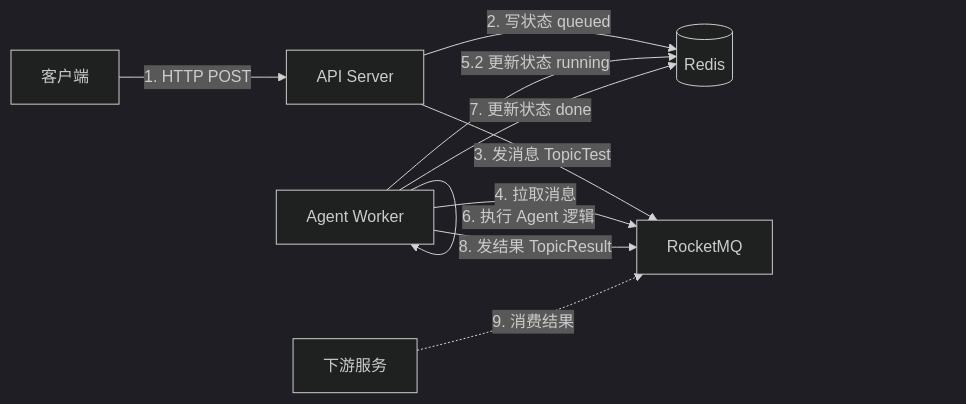
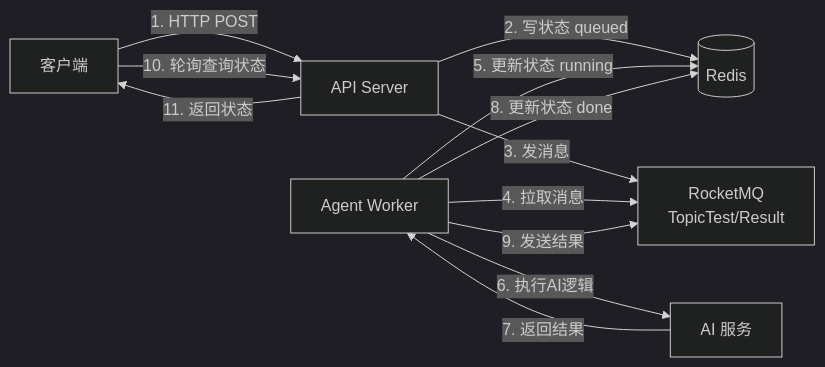
The diagram in README.md (refreshing-wind/agent_prod), drawn with Mermaid (dark theme) before and after one commit.

Commit message:
refactor:更新readme

````diff
--- a/README.md
+++ b/README.md
@@ -199,15 +199,14 @@
 ```mermaid
 graph LR
     A[客户端] -->|1. HTTP POST| B[API Server]
     B -->|2. 写状态 queued| C[(Redis)]
-    B -->|3. 发消息 TopicTest| D[RocketMQ]
-    
+    B -->|3. 发消息| D[RocketMQ<br/>TopicTest/Result]
     E[Agent Worker] -->|4. 拉取消息| D
-    E -->|5.1 检查并发| E
-    E -->|5.2 更新状态 running| C
-    E -->|6. 执行 Agent 逻辑| E
-    E -->|7. 更新状态 done| C
-    E -->|8. 发结果 TopicResult| D
-    
-    F[下游服务] -.->|9. 消费结果| D
+    E -->|5. 更新状态 running| C
+    E -->|6. 执行AI逻辑| F[AI 服务]
+    F -->|7. 返回结果| E
+    E -->|8. 更新状态 done| C
+    E -->|9. 发送结果| D
+    A -->|10. 轮询查询状态| B
+    B -->|11. 返回状态| A
 ```
````
